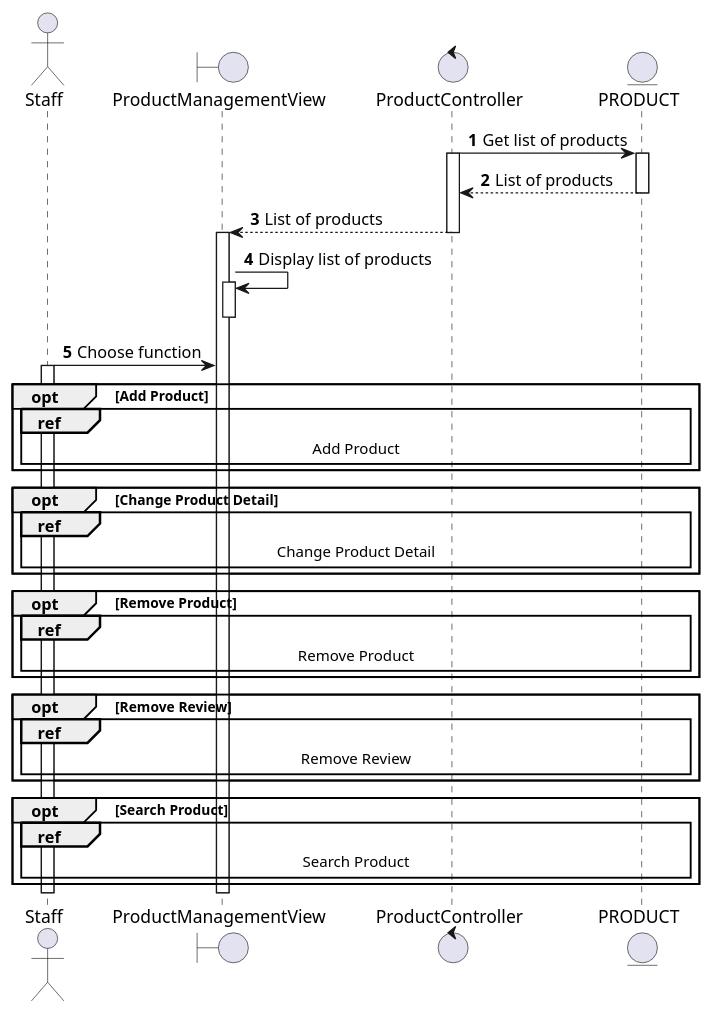
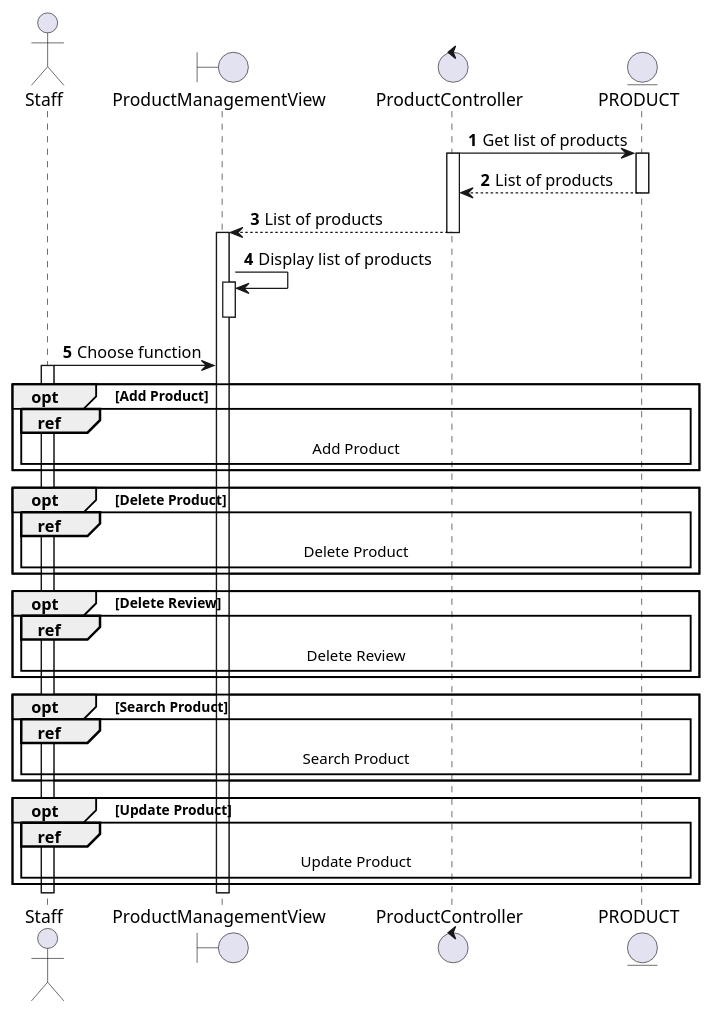
The diagram in docs/docs/sequence/manage-product/manage-product.md (electricilies/electricilies.github.io), drawn with PlantUML before and after one commit. The commit also changed 22 other files, not shown here.

````diff
--- a/docs/docs/sequence/manage-product/manage-product.md
+++ b/docs/docs/sequence/manage-product/manage-product.md
@@ -3,49 +3,49 @@
 ```plantuml
 @startuml
 autonumber
 
 actor Staff as S
 boundary ProductManagementView as PMV
 control ProductController as PC
 entity PRODUCT as P
 
 PC -> P: Get list of products
 activate PC
 activate P
 PC <-- P: List of products
 deactivate P
 PMV <-- PC: List of products
 deactivate PC
 activate PMV
 PMV -> PMV: Display list of products
 activate PMV
 deactivate PMV
 
 S -> PMV: Choose function
 activate S
 
 opt Add Product
   ref over S, P: Add Product
 end
 
-opt Change Product Detail
-  ref over S, P: Change Product Detail
+opt Delete Product
+  ref over S, P: Delete Product
 end
 
-opt Remove Product
-  ref over S, P: Remove Product
-end
-
-opt Remove Review
-  ref over S, P: Remove Review
+opt Delete Review
+  ref over S, P: Delete Review
 end
 
 opt Search Product
   ref over S, P: Search Product
+end
+
+opt Update Product
+  ref over S, P: Update Product
 end
 
 deactivate PMV
 deactivate S
 
 @enduml
 ```
````
